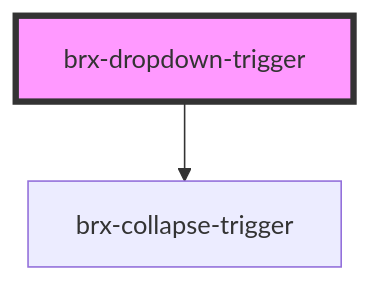
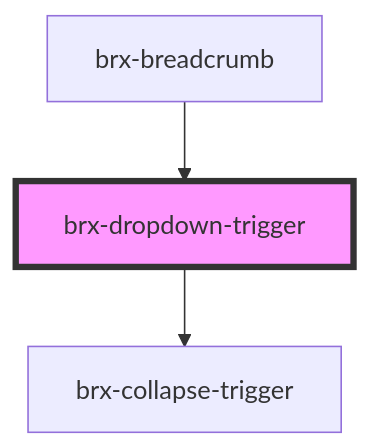
The diagram in packages/core/src/components/brx-dropdown-trigger/readme.md (copperui/copperui), drawn with Mermaid before and after one commit. The commit also changed other lines of this file and 32 other files, not shown here.

First line of the commit message:
feat(core): components: brx-breadcrumb (#32)

````diff
--- a/packages/core/src/components/brx-dropdown-trigger/readme.md
+++ b/packages/core/src/components/brx-dropdown-trigger/readme.md
@@ -24,5 +28,6 @@
 ```mermaid
 graph TD;
   brx-dropdown-trigger --> brx-collapse-trigger
+  brx-breadcrumb --> brx-dropdown-trigger
   style brx-dropdown-trigger fill:#f9f,stroke:#333,stroke-width:4px
 ```
````
